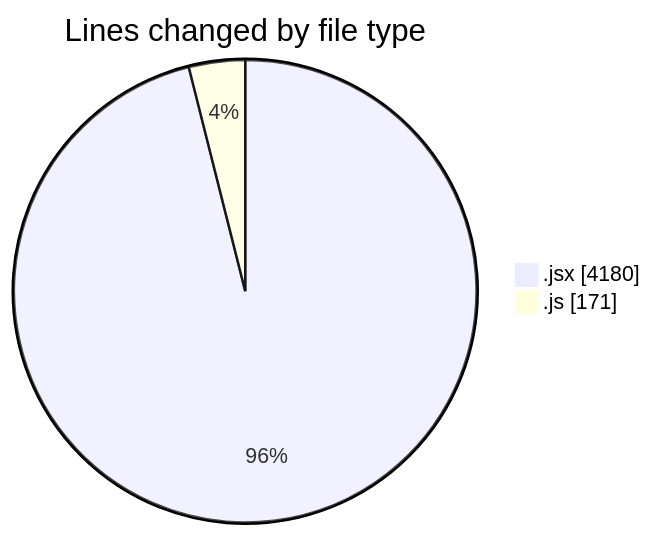
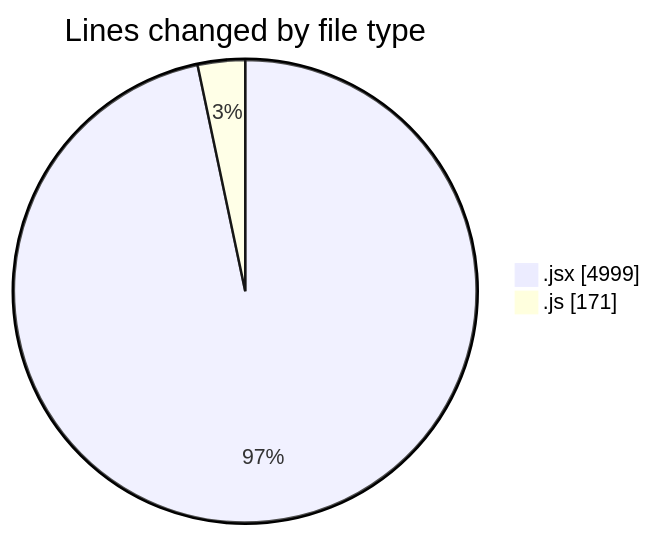
Before and after one commit to nxtqubesakshisongat/code-tracking: the first of 2 diagrams in 2025-07-09/argos/README.md, drawn with Mermaid. The commit also changed other lines of this file and 1 other file, not shown here.

````diff
--- a/2025-07-09/argos/README.md
+++ b/2025-07-09/argos/README.md
@@ -26,6 +26,6 @@
 ```mermaid
 pie showData
 title Lines changed by file type
-".jsx" : 4180
+".jsx" : 4999
 ".js" : 171
 ```
````
